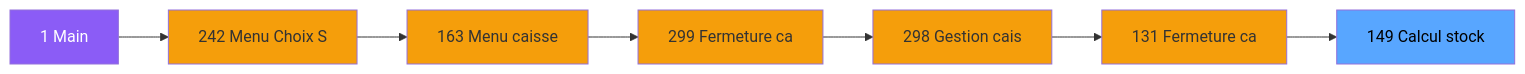
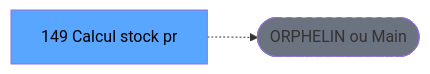
Before and after one commit to thonyAGP/lecteur-magic: the second of 3 diagrams in .openspec/specs/ADH-IDE-149.md, drawn with Mermaid. The commit also changed other lines of this file and 701 other files, not shown here.

````diff
--- a/.openspec/specs/ADH-IDE-149.md
+++ b/.openspec/specs/ADH-IDE-149.md
@@ -110,23 +122,8 @@
 ```mermaid
 graph LR
-    M[1 Main]
-    N242[242 Menu Choix S]
-    N163[163 Menu caisse ]
-    N299[299 Fermeture ca]
-    N298[298 Gestion cais]
-    N131[131 Fermeture ca]
-    T[149 Calcul stock]
-    M --> N242
-    N242 --> N163
-    N163 --> N299
-    N299 --> N298
-    N298 --> N131
-    N131 --> T
-    style M fill:#8b5cf6,color:#fff
-    style N242 fill:#f59e0b
-    style N163 fill:#f59e0b
-    style N299 fill:#f59e0b
-    style N298 fill:#f59e0b
-    style N131 fill:#f59e0b
+    T[149 Calcul stock pr]
+    ORPHAN([ORPHELIN ou Main])
+    T -.-> ORPHAN
     style T fill:#58a6ff,color:#000
+    style ORPHAN fill:#6b7280,stroke-dasharray: 5 5
 ```
````
